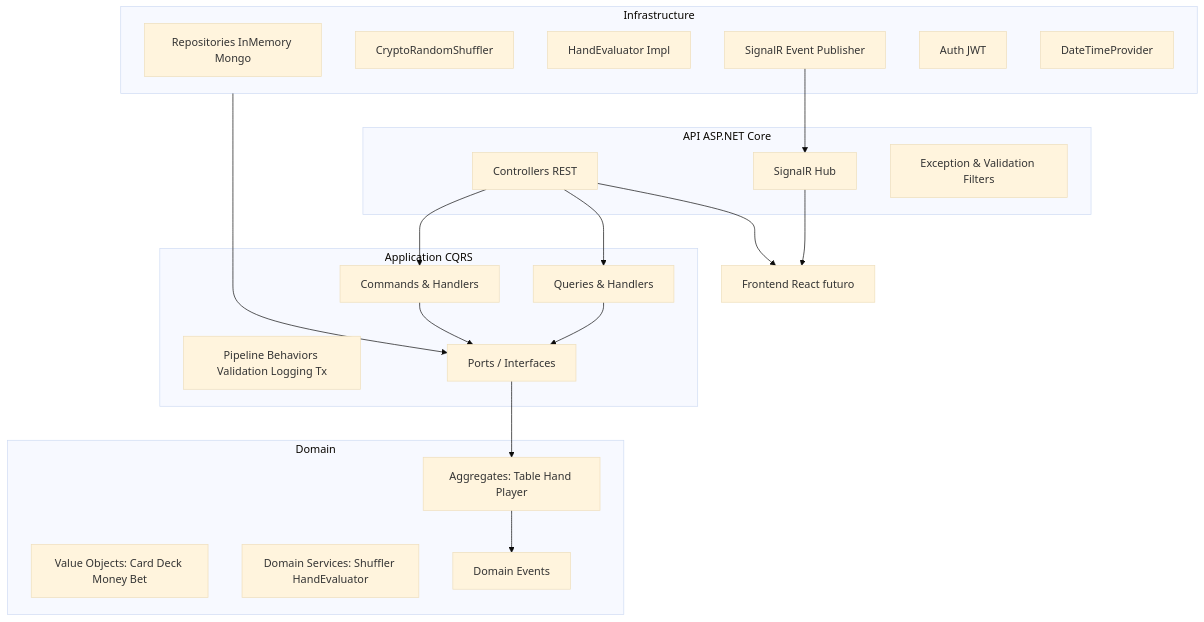
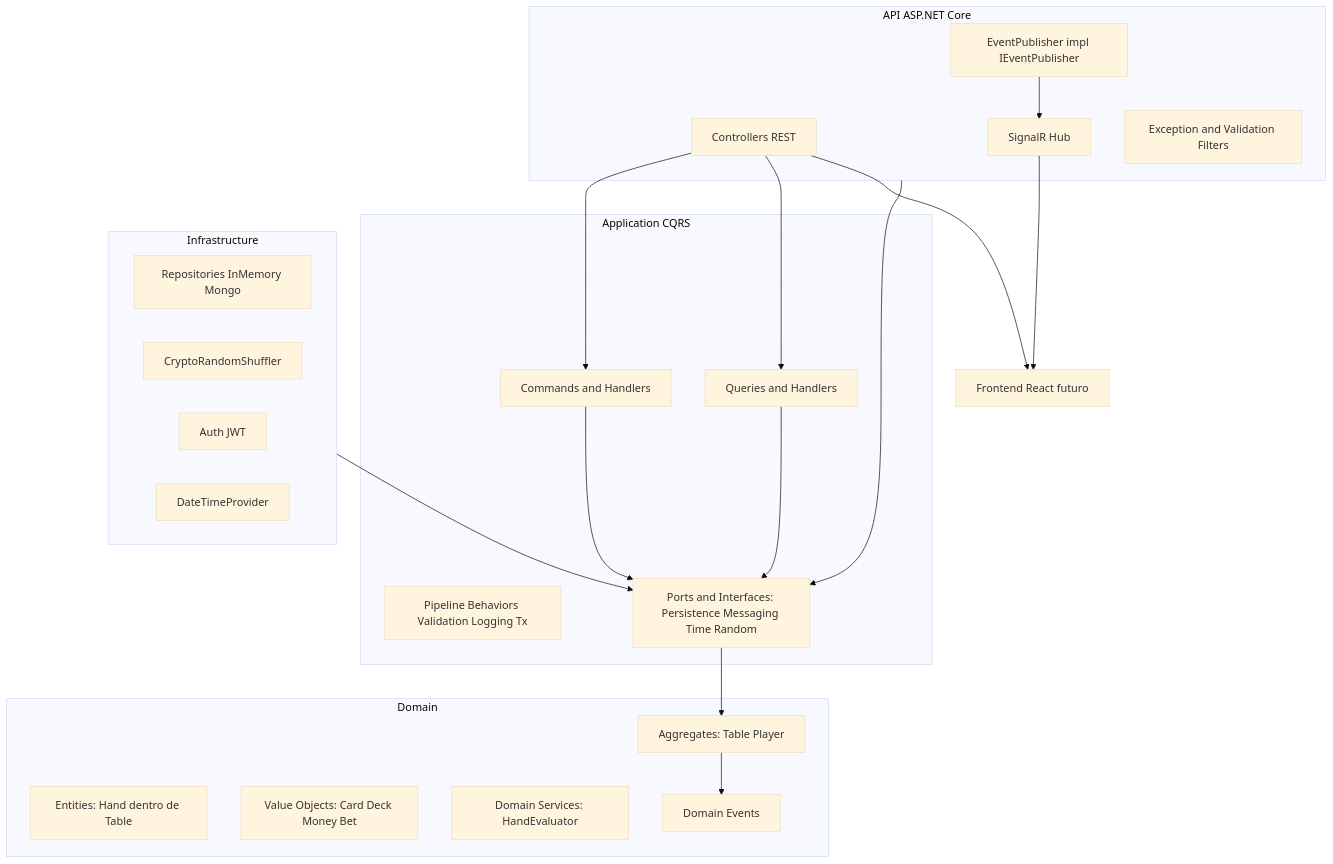
One commit to MarcSastreViB/pocker changed the first of 6 diagrams in ROADMAP.md. Above: the diagram before and after it, drawn with Mermaid (base theme). The commit also changed other lines of this file, not shown here.

First line of the commit message:
Actualizar ROADMAP con revisiones y detalles adicionales

````diff
--- a/ROADMAP.md
+++ b/ROADMAP.md
@@ -34,47 +54,50 @@
 ```mermaid
 flowchart TB
   subgraph API[API ASP.NET Core]
     Ctrls[Controllers REST]
     Hub[SignalR Hub]
-    Filters[Exception & Validation Filters]
+    Publisher[EventPublisher impl IEventPublisher]
+    Filters[Exception and Validation Filters]
   end
 
   subgraph APP[Application CQRS]
-    Cmds[Commands & Handlers]
-    Qrys[Queries & Handlers]
+    Cmds[Commands and Handlers]
+    Qrys[Queries and Handlers]
     Behaviors[Pipeline Behaviors Validation Logging Tx]
-    Ports[Ports / Interfaces]
+    Ports[Ports and Interfaces: Persistence Messaging Time Random]
   end
 
   subgraph DOMAIN[Domain]
-    Aggregates[Aggregates: Table Hand Player]
+    Aggregates[Aggregates: Table Player]
+    Entities[Entities: Hand dentro de Table]
     VOs[Value Objects: Card Deck Money Bet]
-    DServices[Domain Services: Shuffler HandEvaluator]
+    DServices[Domain Services: HandEvaluator]
     DEvents[Domain Events]
   end
 
   subgraph INFRA[Infrastructure]
     Repos[Repositories InMemory Mongo]
     Shuffler[CryptoRandomShuffler]
-    Evaluator[HandEvaluator Impl]
-    Publisher[SignalR Event Publisher]
     Security[Auth JWT]
     Time[DateTimeProvider]
   end
 
   %% Flujo de uso
   Ctrls --> Cmds
   Ctrls --> Qrys
   Cmds --> Ports
   Qrys --> Ports
   Ports --> Aggregates
   Aggregates --> DEvents
 
   %% Implementaciones desde Infrastructure
   INFRA --> Ports
+
+  %% Implementación del publisher en API
+  API --> Ports
   Publisher --> Hub
 
   %% Comunicación con Frontend
   Hub --> FE[Frontend React futuro]
   Ctrls --> FE
 ```
````
